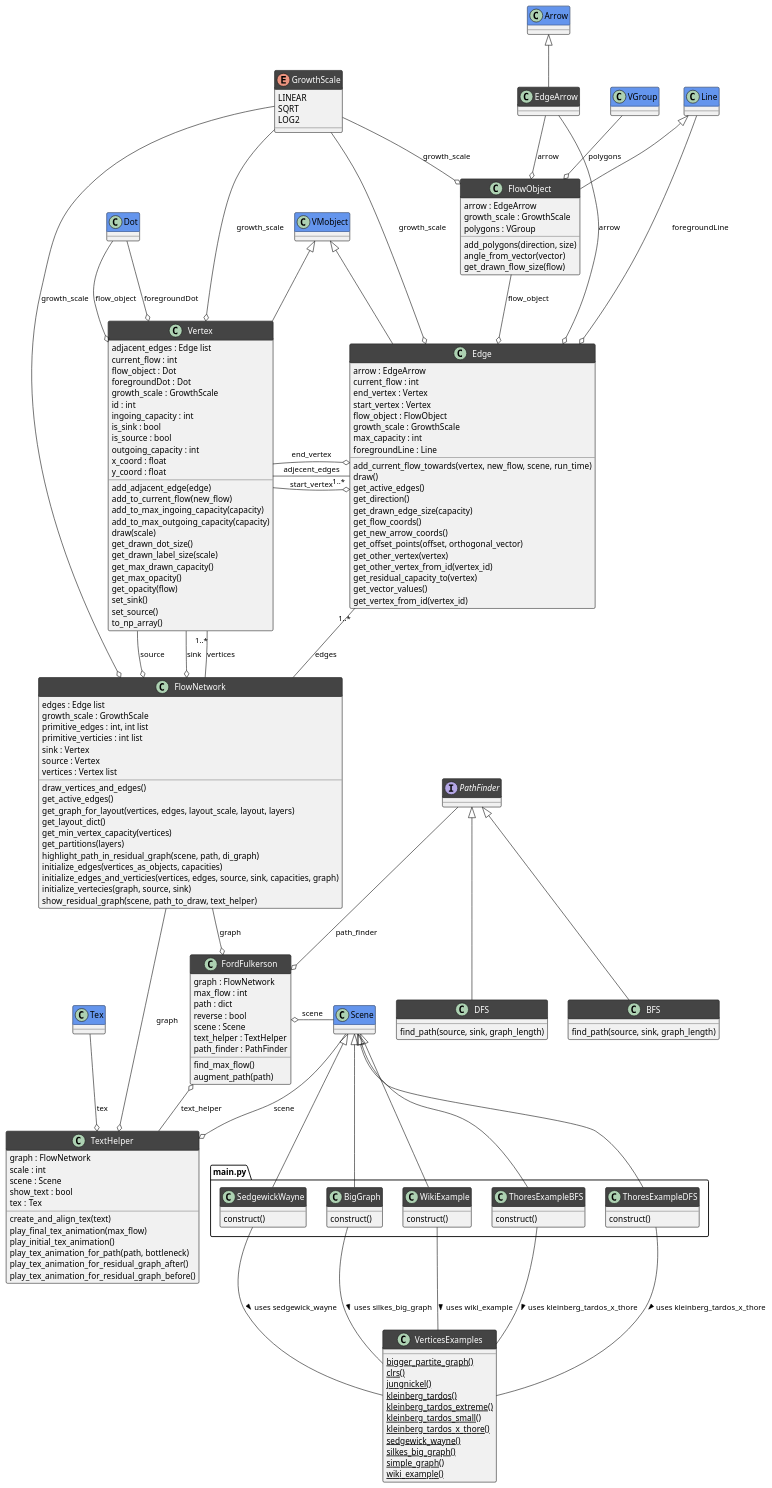
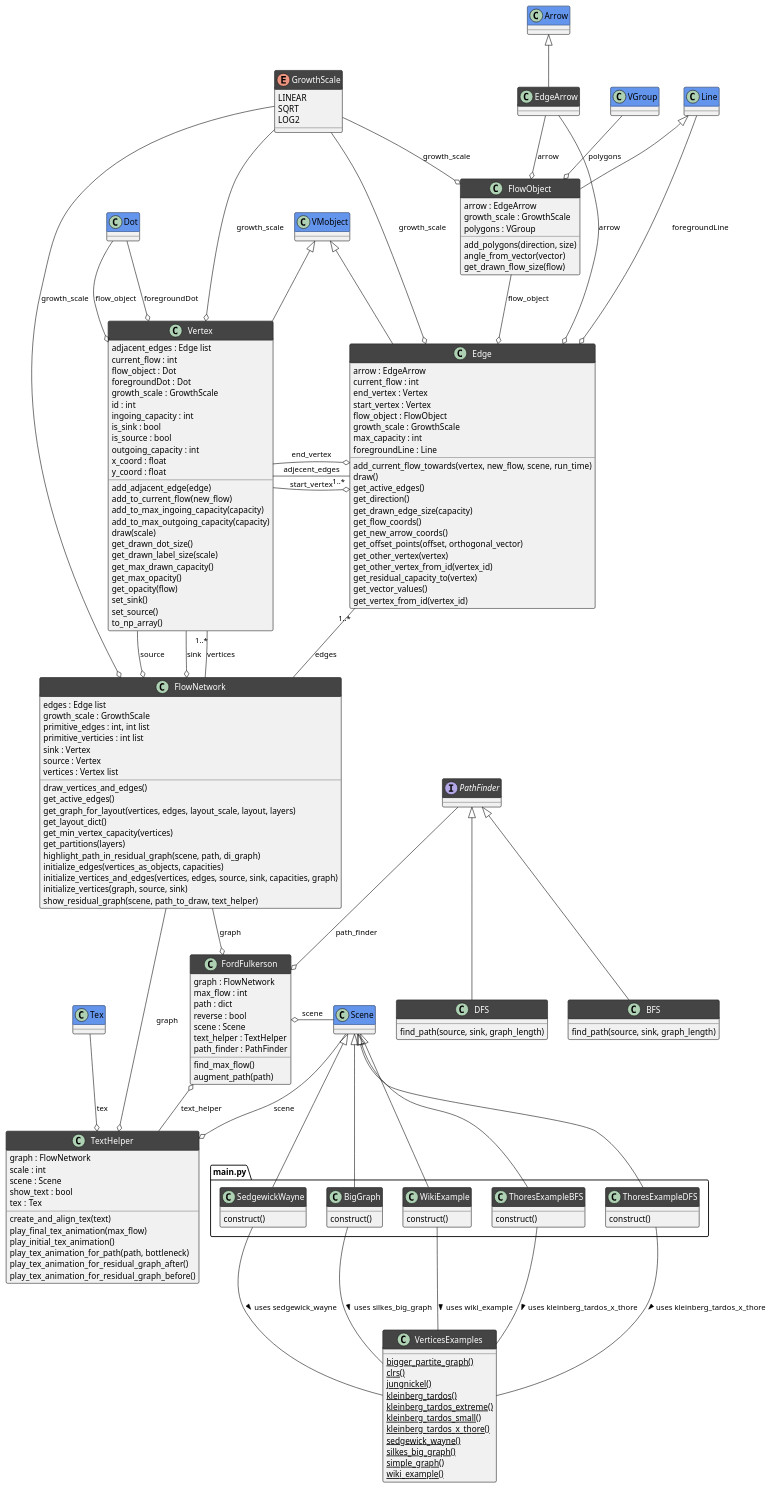
One commit to rakulmaria/bachelor-spring-24 changed the diagram in classesDiagram.puml. Above: the diagram before and after it, drawn with PlantUML.

Commit message:
namefix in class diagram

```diff
--- a/classesDiagram.puml
+++ b/classesDiagram.puml
@@ -79,8 +79,8 @@
   get_partitions(layers)
   highlight_path_in_residual_graph(scene, path, di_graph)
   initialize_edges(vertices_as_objects, capacities)
-  initialize_edges_and_verticies(vertices, edges, source, sink, capacities, graph)
-  initialize_vertecies(graph, source, sink)
+  initialize_vertices_and_edges(vertices, edges, source, sink, capacities, graph)
+  initialize_vertices(graph, source, sink)
   show_residual_graph(scene, path_to_draw, text_helper)
 }
 class "FlowObject" as FlowObject {
```
